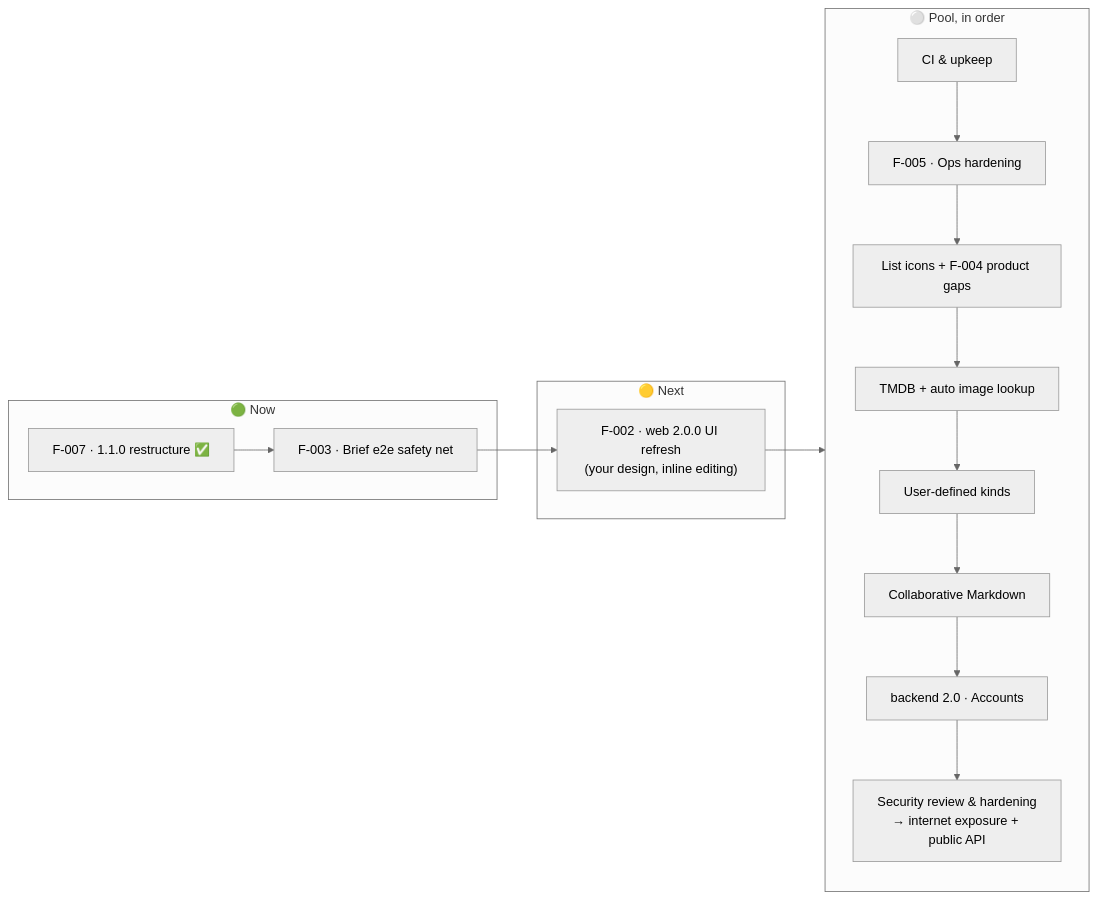
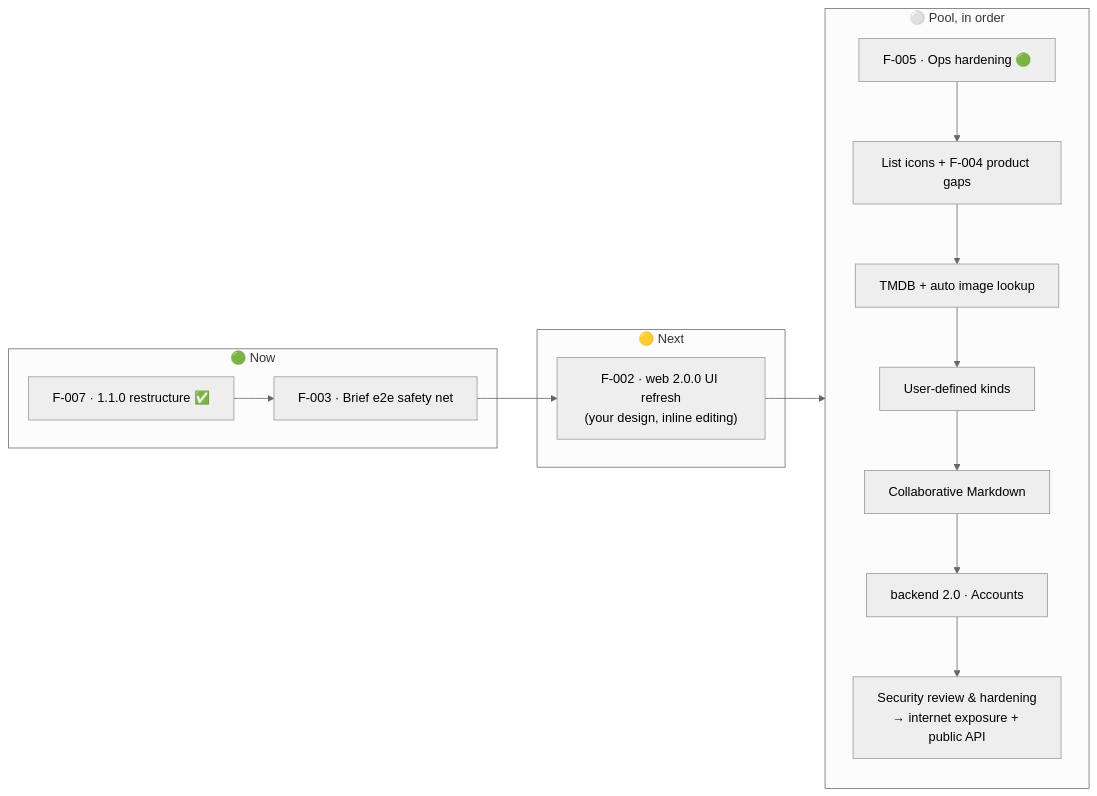
Before and after one commit to 0xfederama/collections-app: the second of 2 diagrams in ROADMAP.md, drawn with Mermaid (neutral theme). The commit also changed other lines of this file and 8 other files, not shown here.

````diff
--- a/ROADMAP.md
+++ b/ROADMAP.md
@@ -70,22 +70,21 @@
 ```mermaid
 flowchart LR
     subgraph NOW["🟢 Now"]
         F007["F-007 · 1.1.0 restructure ✅"]
         F003["F-003 · Brief e2e safety net"]
     end
     subgraph NEXT["🟡 Next"]
         F002["F-002 · web 2.0.0 UI refresh<br/>(your design, inline editing)"]
     end
     subgraph POOL["⚪ Pool, in order"]
-        UPK["CI & upkeep"]
-        F005["F-005 · Ops hardening"]
+        F005["F-005 · Ops hardening 🟢"]
         ICO["List icons + F-004 product gaps"]
         P2["TMDB + auto image lookup"]
         UDK["User-defined kinds"]
         COL["Collaborative Markdown"]
         P3["backend 2.0 · Accounts"]
         SEC["Security review & hardening<br/>→ internet exposure + public API"]
-        UPK --> F005 --> ICO --> P2 --> UDK --> COL --> P3 --> SEC
+        F005 --> ICO --> P2 --> UDK --> COL --> P3 --> SEC
     end
     F007 --> F003 --> F002 --> POOL
 ```
````
